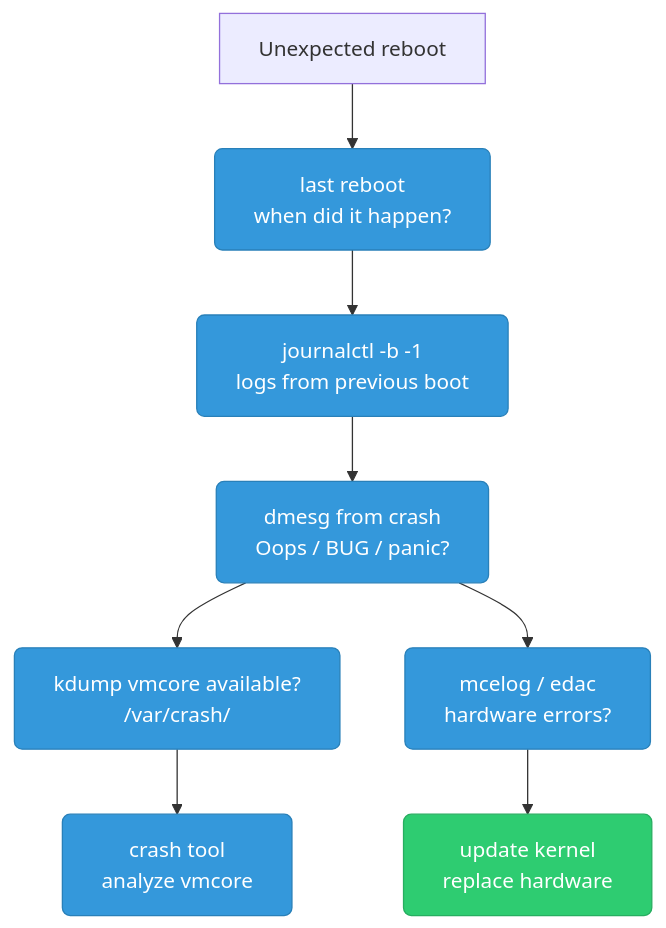
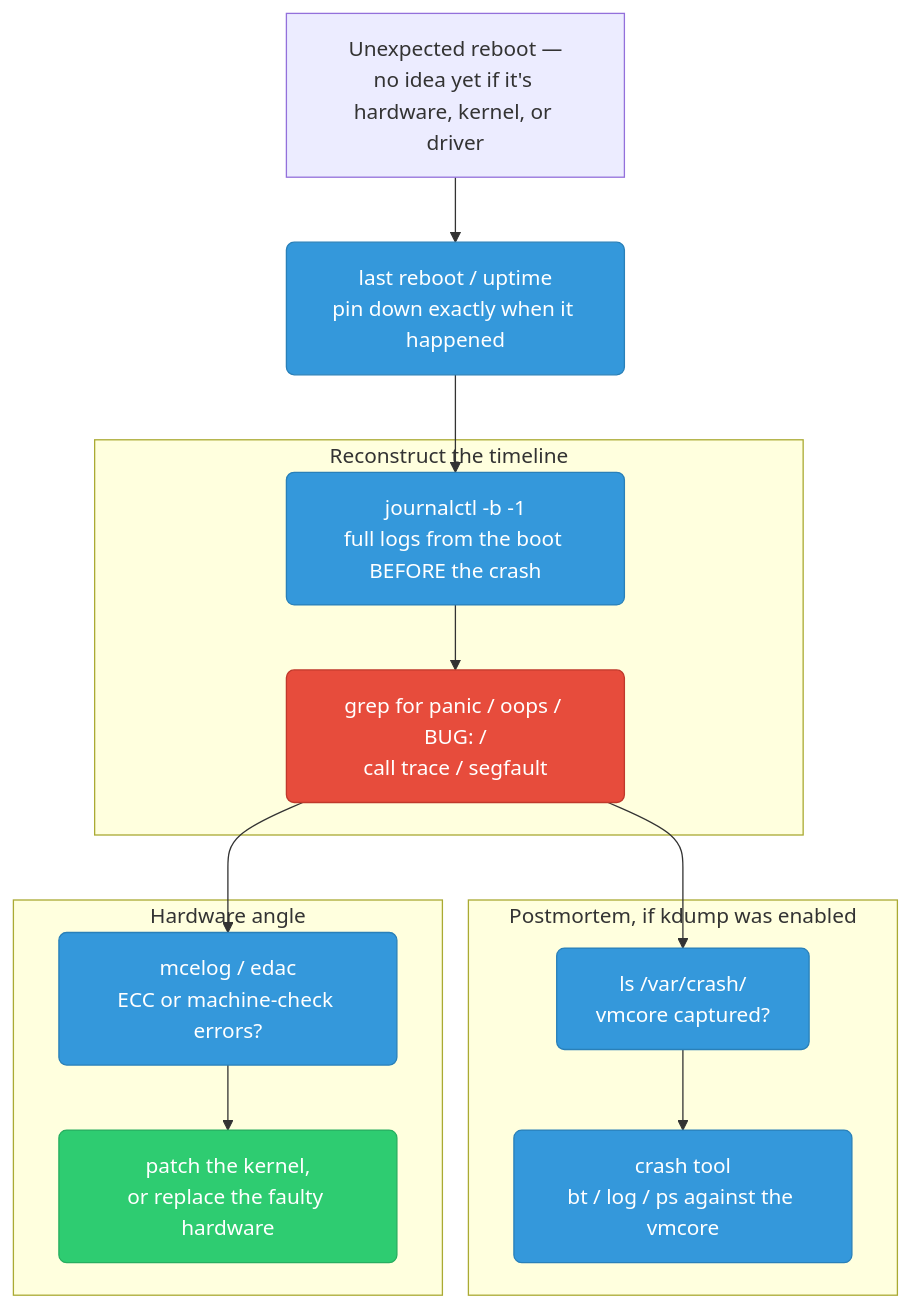
Before and after one commit to deepanshu-rawat6/DevOpsIndex: the tenth of 10 diagrams in sre/linux-debugging.md, drawn with Mermaid. The commit also changed other lines of this file and 10 other files, not shown here.

````diff
--- a/sre/linux-debugging.md
+++ b/sre/linux-debugging.md
@@ -494,18 +702,28 @@
 ```mermaid
 graph TD
     classDef check fill:#3498db,stroke:#2980b9,color:#fff,rx:6
     classDef fix fill:#2ecc71,stroke:#27ae60,color:#fff,rx:6
+    classDef warn fill:#e74c3c,stroke:#c0392b,color:#fff,rx:6
 
-    START["Unexpected reboot"]
-    LAST["last reboot<br/>when did it happen?"]:::check
-    JOURNAL["journalctl -b -1<br/>logs from previous boot"]:::check
-    DMESG["dmesg from crash<br/>Oops / BUG / panic?"]:::check
-    KDUMP["kdump vmcore available?<br/>/var/crash/"]:::check
-    CRASH["crash tool<br/>analyze vmcore"]:::check
-    HW["mcelog / edac<br/>hardware errors?"]:::check
-    PATCH["update kernel<br/>replace hardware"]:::fix
+    START["Unexpected reboot —<br/>no idea yet if it's hardware, kernel, or driver"]
+    LAST["last reboot / uptime<br/>pin down exactly when it happened"]:::check
+
+    subgraph TIMELINE["Reconstruct the timeline"]
+        JOURNAL["journalctl -b -1<br/>full logs from the boot BEFORE the crash"]:::check
+        DMESG["grep for panic / oops / BUG: /<br/>call trace / segfault"]:::warn
+    end
+
+    subgraph POSTMORTEM["Postmortem, if kdump was enabled"]
+        KDUMP["ls /var/crash/<br/>vmcore captured?"]:::check
+        CRASH["crash tool<br/>bt / log / ps against the vmcore"]:::check
+    end
+
+    subgraph HWCHECK["Hardware angle"]
+        HW["mcelog / edac<br/>ECC or machine-check errors?"]:::check
+        PATCH["patch the kernel,<br/>or replace the faulty hardware"]:::fix
+    end
 
     START --> LAST --> JOURNAL --> DMESG
     DMESG --> KDUMP --> CRASH
     DMESG --> HW --> PATCH
 ```
````
